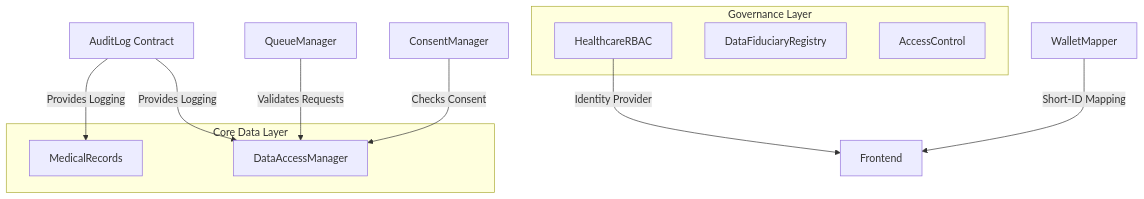
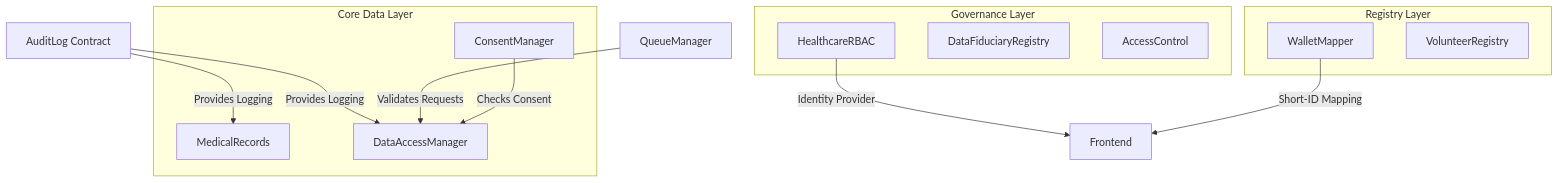
Before and after one commit to gtathelegend/Aegis-Care: the diagram in README.md, drawn with Mermaid. The commit also changed other lines of this file, not shown here.

````diff
--- a/README.md
+++ b/README.md
@@ -18,20 +21,26 @@
 ```mermaid
 graph TD
     AuditLog[AuditLog Contract] --> |Provides Logging| MedicalRecords
     AuditLog --> |Provides Logging| DataAccessManager
     QueueManager[QueueManager] --> |Validates Requests| DataAccessManager
     ConsentManager[ConsentManager] --> |Checks Consent| DataAccessManager
     HealthcareRBAC[HealthcareRBAC] --> |Identity Provider| Frontend
     WalletMapper[WalletMapper] --> |Short-ID Mapping| Frontend
 
     subgraph "Core Data Layer"
         MedicalRecords
         DataAccessManager
+        ConsentManager
     end
 
     subgraph "Governance Layer"
         HealthcareRBAC
         DataFiduciaryRegistry
         AccessControl
     end
+
+    subgraph "Registry Layer"
+        VolunteerRegistry
+        WalletMapper
+    end
 ```
````
